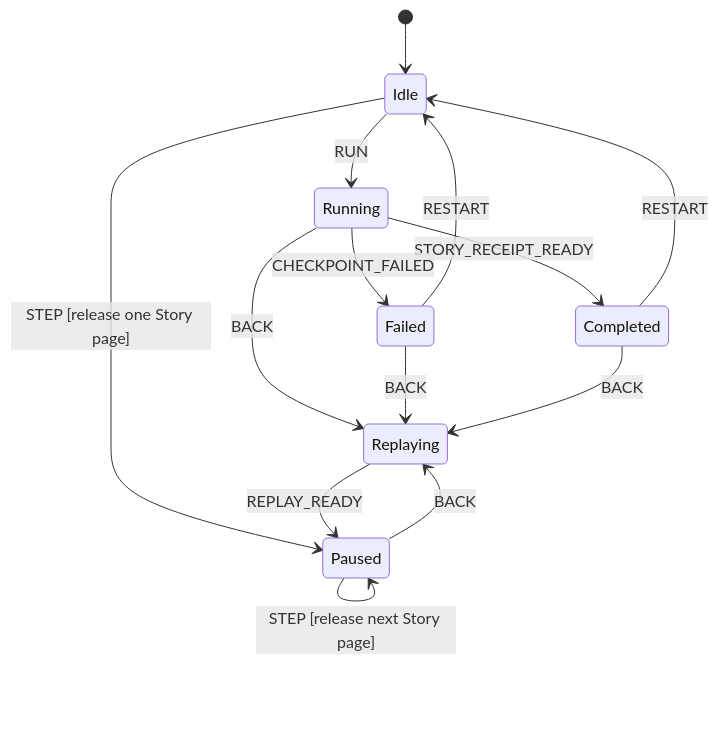
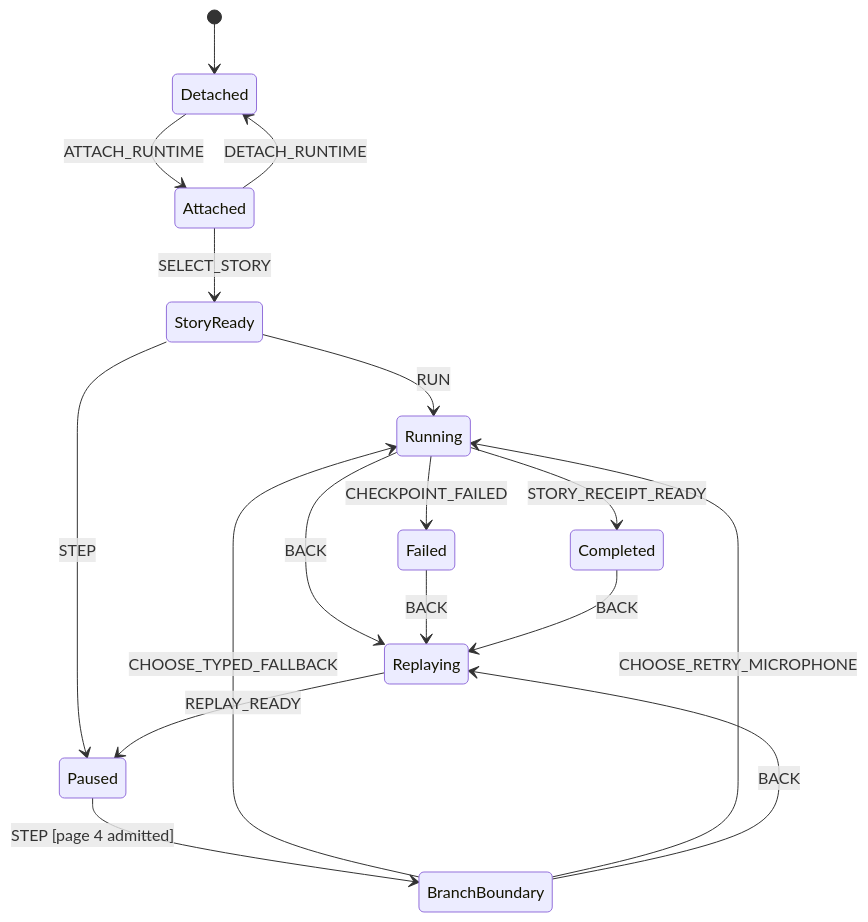
Before and after one commit to 0xjcf/ignite-element: the diagram in .mock-studio/ignite-story-workbench/narrative-machine-matrix.md, drawn with Mermaid. The commit also changed other lines of this file and 7 other files, not shown here.

````diff
--- a/.mock-studio/ignite-story-workbench/narrative-machine-matrix.md
+++ b/.mock-studio/ignite-story-workbench/narrative-machine-matrix.md
@@ -78,16 +60,19 @@
 ```mermaid
 stateDiagram-v2
-    [*] --> Idle
-    Idle --> Running: RUN
-    Idle --> Paused: STEP [release one Story page]
-    Paused --> Paused: STEP [release next Story page]
-    Paused --> Replaying: BACK
-    Running --> Replaying: BACK
-    Replaying --> Paused: REPLAY_READY
+    [*] --> Detached
+    Detached --> Attached: ATTACH_RUNTIME
+    Attached --> StoryReady: SELECT_STORY
+    StoryReady --> Running: RUN
+    StoryReady --> Paused: STEP
+    Paused --> BranchBoundary: STEP [page 4 admitted]
+    BranchBoundary --> Running: CHOOSE_TYPED_FALLBACK
+    BranchBoundary --> Running: CHOOSE_RETRY_MICROPHONE
     Running --> Completed: STORY_RECEIPT_READY
     Running --> Failed: CHECKPOINT_FAILED
+    Running --> Replaying: BACK
+    BranchBoundary --> Replaying: BACK
     Failed --> Replaying: BACK
     Completed --> Replaying: BACK
-    Failed --> Idle: RESTART
-    Completed --> Idle: RESTART
+    Replaying --> Paused: REPLAY_READY
+    Attached --> Detached: DETACH_RUNTIME
 ```
````
